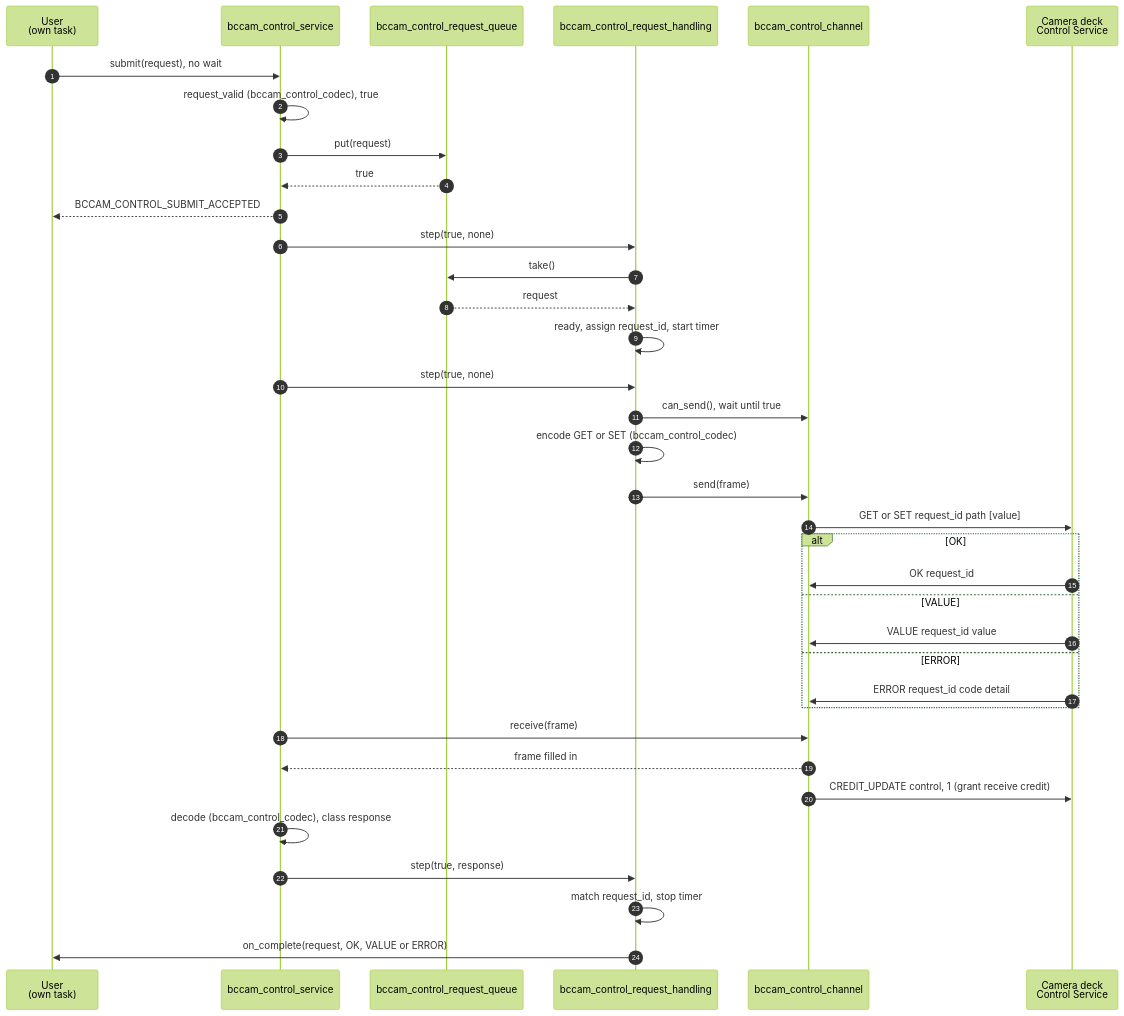
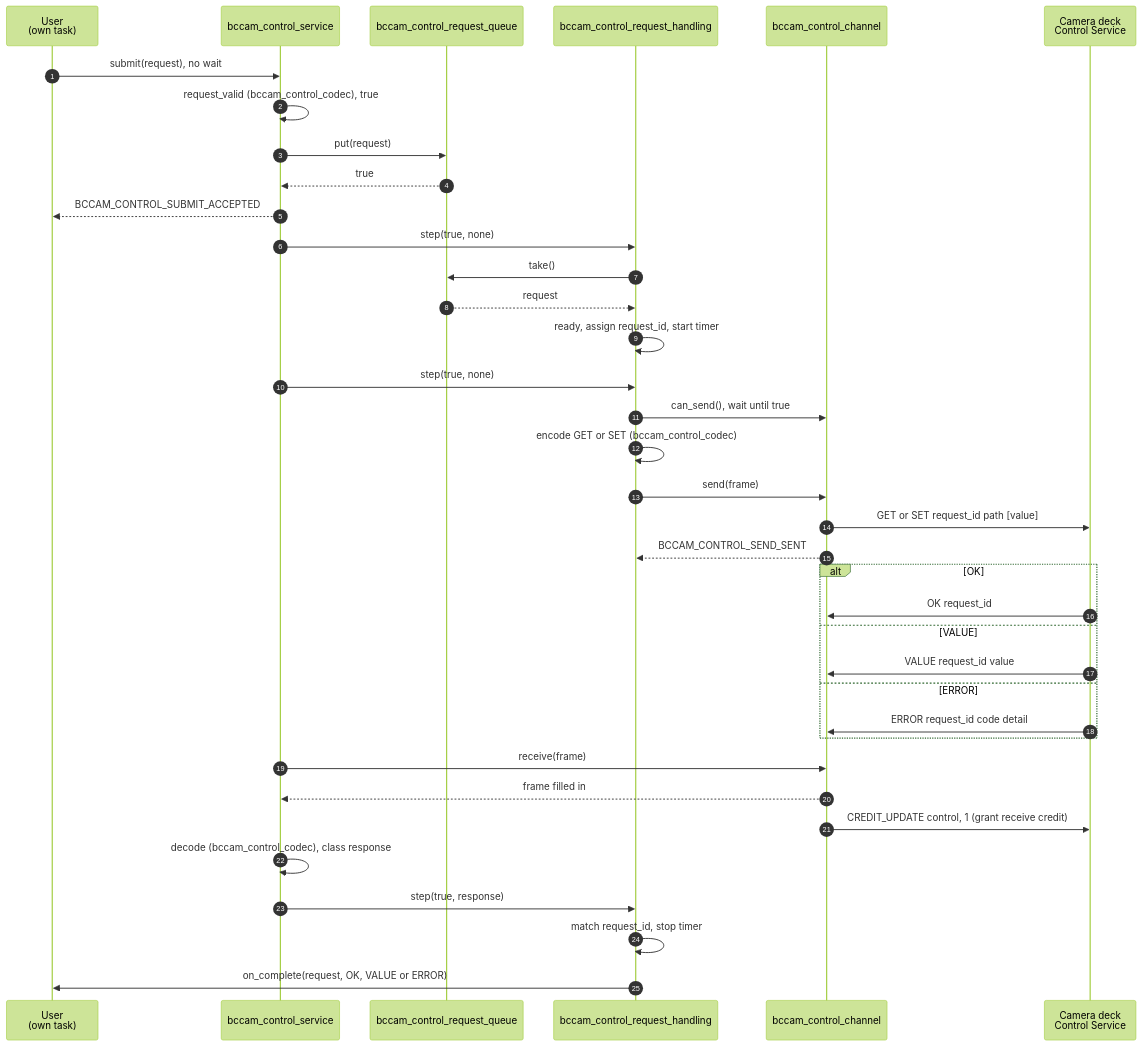
Before and after one commit to bitcraze/crazyflie-firmware: the fifth of 10 diagrams in docs/functional-areas/camera-deck-control.md, drawn with Mermaid (forest theme). The commit also changed other lines of this file, not shown here.

````diff
--- a/docs/functional-areas/camera-deck-control.md
+++ b/docs/functional-areas/camera-deck-control.md
@@ -508,39 +521,40 @@
 ```mermaid
 sequenceDiagram
     autonumber
     participant U as User<br/>(own task)
     participant CS as bccam_control_service
     participant Q as bccam_control_request_queue
     participant H as bccam_control_request_handling
     participant Ch as bccam_control_channel
     participant D as Camera deck<br/>Control Service
 
     U->>CS: submit(request), no wait
     CS->>CS: request_valid (bccam_control_codec), true
     CS->>Q: put(request)
     Q-->>CS: true
     CS-->>U: BCCAM_CONTROL_SUBMIT_ACCEPTED
     CS->>H: step(true, none)
     H->>Q: take()
     Q-->>H: request
     H->>H: ready, assign request_id, start timer
     CS->>H: step(true, none)
     H->>Ch: can_send(), wait until true
     H->>H: encode GET or SET (bccam_control_codec)
     H->>Ch: send(frame)
     Ch->>D: GET or SET request_id path [value]
+    Ch-->>H: BCCAM_CONTROL_SEND_SENT
     alt OK
         D->>Ch: OK request_id
     else VALUE
         D->>Ch: VALUE request_id value
     else ERROR
         D->>Ch: ERROR request_id code detail
     end
     CS->>Ch: receive(frame)
     Ch-->>CS: frame filled in
     Ch->>D: CREDIT_UPDATE control, 1 (grant receive credit)
     CS->>CS: decode (bccam_control_codec), class response
     CS->>H: step(true, response)
     H->>H: match request_id, stop timer
     H->>U: on_complete(request, OK, VALUE or ERROR)
 ```
````
